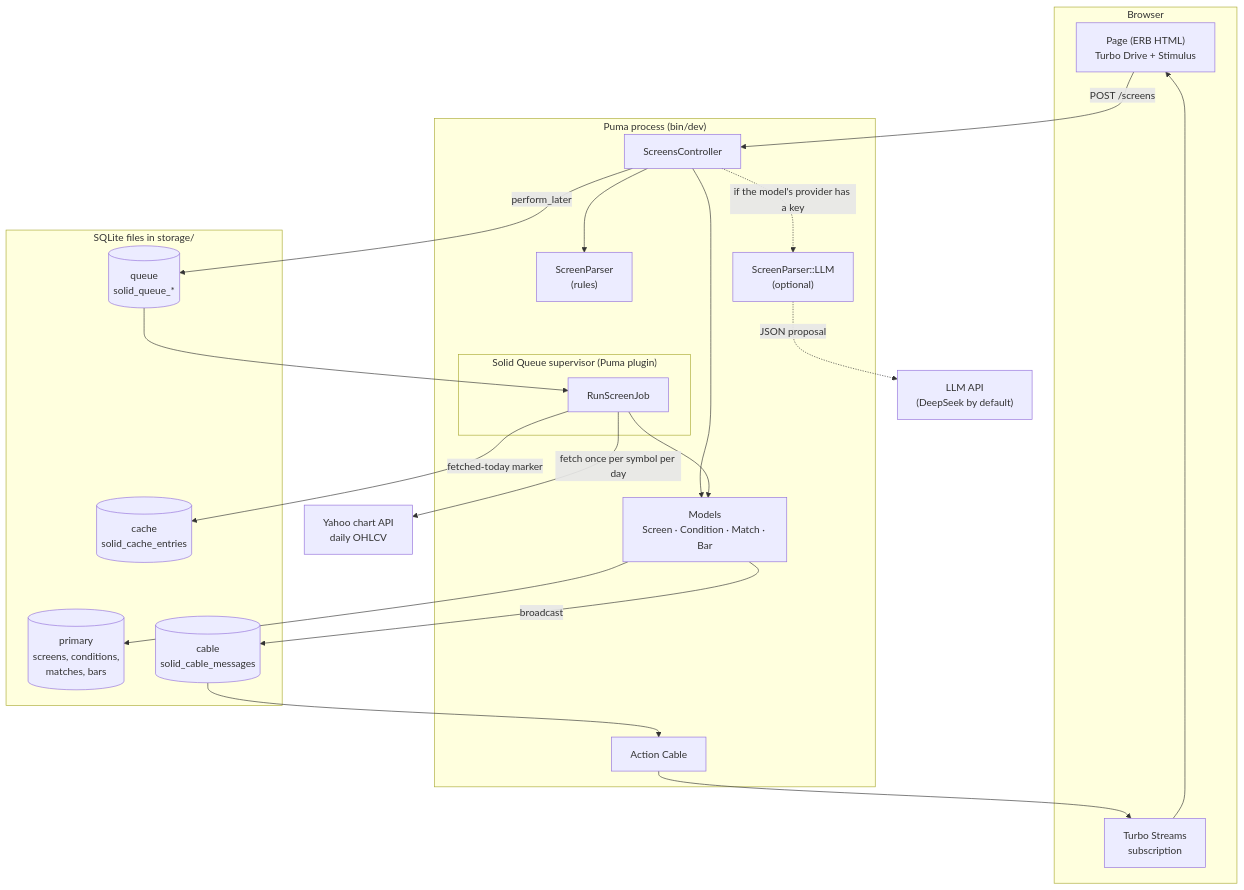
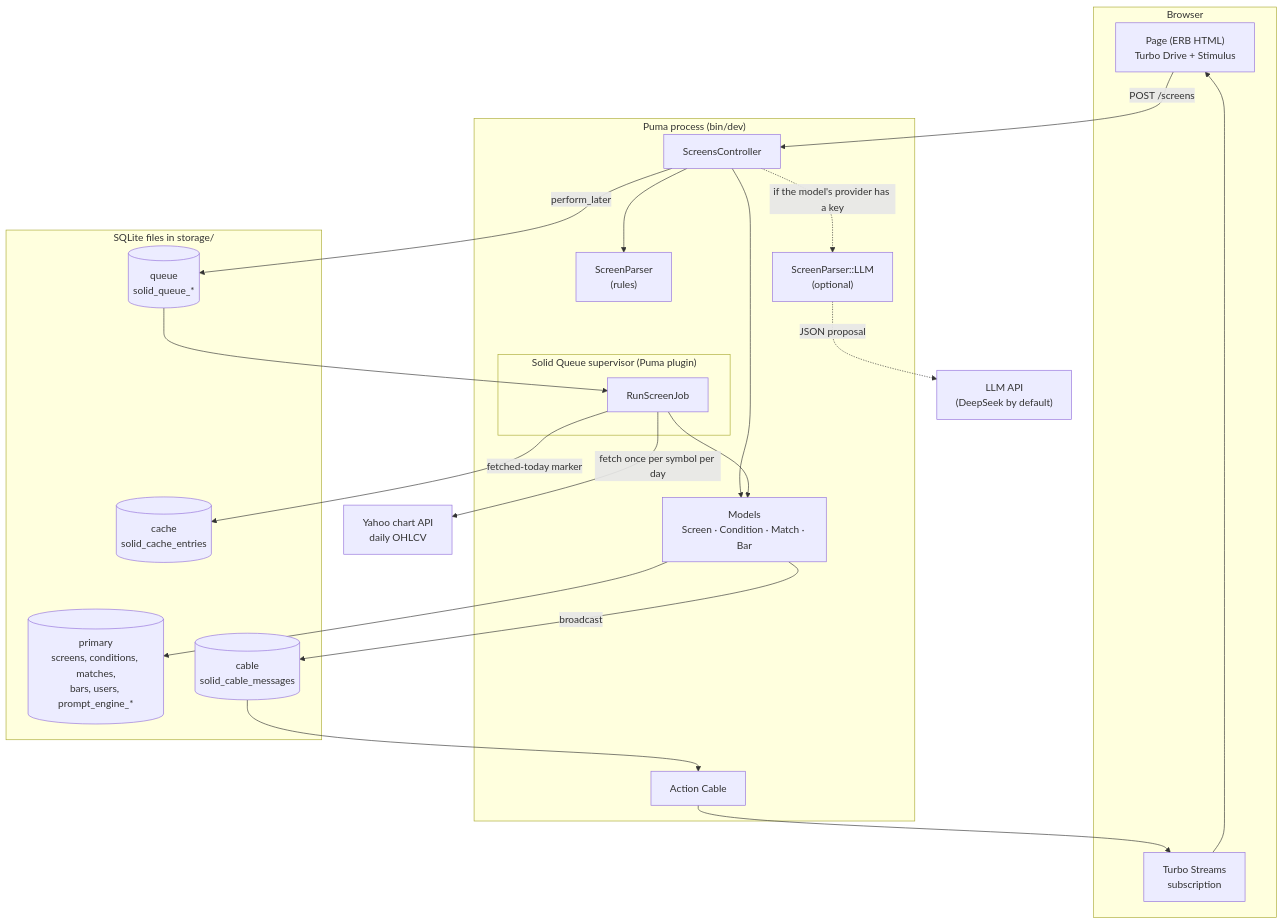
One commit to henryzhangpku/rails-nl-screen changed the first of 7 diagrams in docs/ARCHITECTURE.md. Above: the diagram before and after it, drawn with Mermaid. The commit also changed other lines of this file, not shown here.

First line of the commit message:
Architecture notes: match the code after the review fixes

````diff
--- a/docs/ARCHITECTURE.md
+++ b/docs/ARCHITECTURE.md
@@ -53,41 +53,41 @@
 ```mermaid
 flowchart TB
   subgraph Browser
     UI["Page (ERB HTML)<br/>Turbo Drive + Stimulus"]
     WS["Turbo Streams<br/>subscription"]
   end
 
   subgraph Puma["Puma process (bin/dev)"]
     C["ScreensController"]
     M["Models<br/>Screen · Condition · Match · Bar"]
     P["ScreenParser<br/>(rules)"]
     CL["ScreenParser::LLM<br/>(optional)"]
     AC["Action Cable"]
     subgraph SQ["Solid Queue supervisor (Puma plugin)"]
       J["RunScreenJob"]
     end
   end
 
   subgraph SQLite["SQLite files in storage/"]
-    DB1[("primary<br/>screens, conditions,<br/>matches, bars")]
+    DB1[("primary<br/>screens, conditions, matches,<br/>bars, users, prompt_engine_*")]
     DB2[("queue<br/>solid_queue_*")]
     DB3[("cache<br/>solid_cache_entries")]
     DB4[("cable<br/>solid_cable_messages")]
   end
 
   Y["Yahoo chart API<br/>daily OHLCV"]
   A["LLM API<br/>(DeepSeek by default)"]
 
   UI -- "POST /screens" --> C
   C --> P
   C -. "if the model's provider has a key" .-> CL
   CL -. "JSON proposal" .-> A
   C --> M --> DB1
   C -- "perform_later" --> DB2
   DB2 --> J
   J --> M
   J -- "fetch once per symbol per day" --> Y
   J -- "fetched-today marker" --> DB3
   M -- "broadcast" --> DB4
   DB4 --> AC --> WS --> UI
 ```
````
